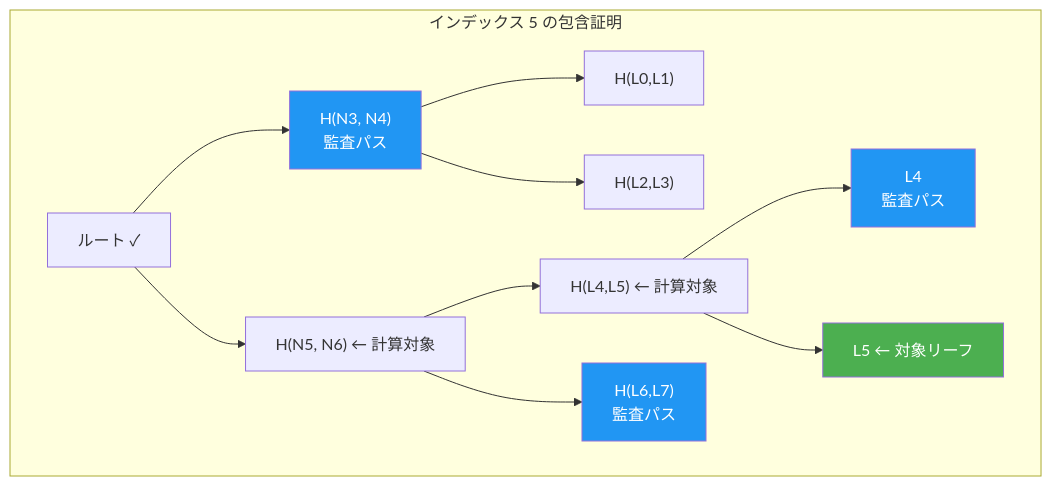
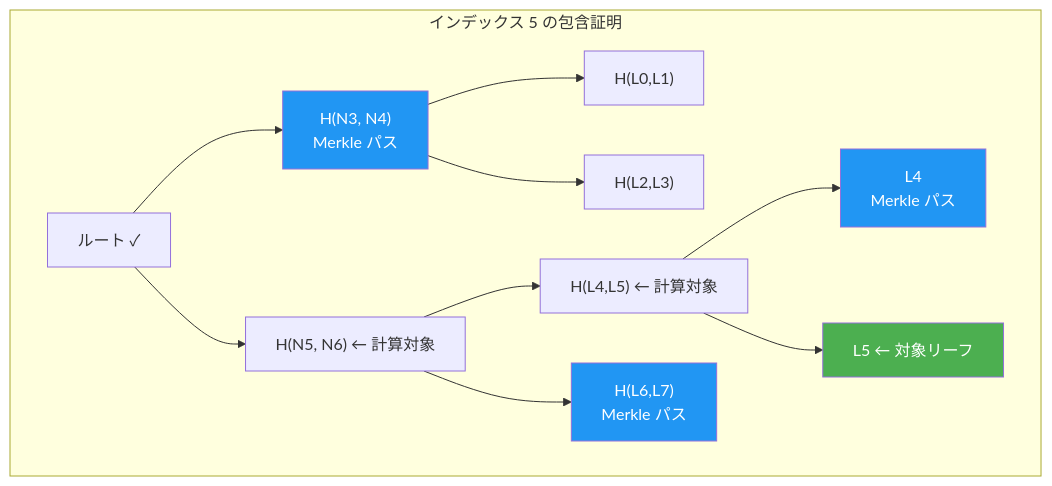
The third of 3 diagrams in public-book/src/protocol/ct-merkle.md (hwatanabe-jp/stark-ballot-simulator-public), drawn with Mermaid before and after one commit. The commit also changed other lines of this file and 275 other files, not shown here.

````diff
--- a/public-book/src/protocol/ct-merkle.md
+++ b/public-book/src/protocol/ct-merkle.md
@@ -190,28 +190,28 @@
 ```mermaid
 graph TD
   subgraph "インデックス 5 の包含証明"
     Root["ルート ✓"]
-    N1["H(N3, N4)<br/>監査パス"]
+    N1["H(N3, N4)<br/>Merkle パス"]
     N2["H(N5, N6) ← 計算対象"]
     N3["H(L0,L1)"]
     N4["H(L2,L3)"]
     N5["H(L4,L5) ← 計算対象"]
-    N6["H(L6,L7)<br/>監査パス"]
-    L4["L4<br/>監査パス"]
+    N6["H(L6,L7)<br/>Merkle パス"]
+    L4["L4<br/>Merkle パス"]
     L5["L5 ← 対象リーフ"]
 
     Root --> N1
     Root --> N2
     N1 --> N3
     N1 --> N4
     N2 --> N5
     N2 --> N6
     N5 --> L4
     N5 --> L5
   end
 
   style L5 fill:#4CAF50,color:#fff
   style N1 fill:#2196F3,color:#fff
   style N6 fill:#2196F3,color:#fff
   style L4 fill:#2196F3,color:#fff
 ```
````
